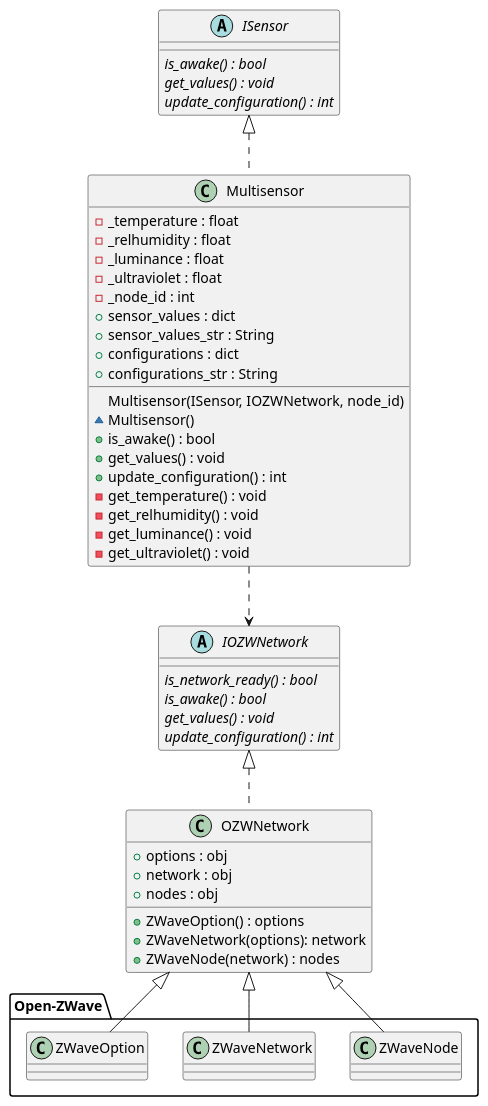
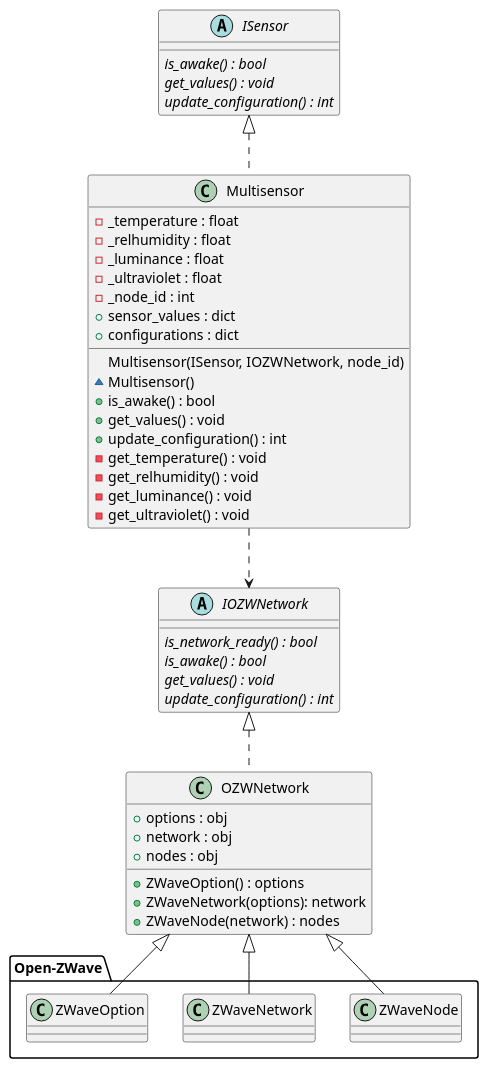
Before and after one commit to AU-PRO5-Rem/ReMoniProject: the diagram in doc/class_multisensor.iuml, drawn with PlantUML. The commit also changed 5 other files, not shown here.

```diff
--- a/doc/class_multisensor.iuml
+++ b/doc/class_multisensor.iuml
@@ -1,58 +1,56 @@
 @startuml Multisensor
 
 abstract class ISensor {
     {abstract} is_awake() : bool
     {abstract} get_values() : void
     {abstract} update_configuration() : int
 }
 
 abstract class IOZWNetwork {
     {abstract} is_network_ready() : bool
     {abstract} is_awake() : bool
     {abstract} get_values() : void
     {abstract} update_configuration() : int
 }
 
 class Multisensor implements ISensor {
     - _temperature : float
     - _relhumidity : float
     - _luminance : float
     - _ultraviolet : float
     - _node_id : int
     + sensor_values : dict
-    + sensor_values_str : String
     + configurations : dict
-    + configurations_str : String
 
       Multisensor(ISensor, IOZWNetwork, node_id)
     ~ Multisensor()
     + is_awake() : bool
     + get_values() : void
     + update_configuration() : int
     - get_temperature() : void
     - get_relhumidity() : void
     - get_luminance() : void
     - get_ultraviolet() : void
 }
 
 class OZWNetwork implements IOZWNetwork {
   + options : obj
   + network : obj
   + nodes : obj
   + ZWaveOption() : options
   + ZWaveNetwork(options): network 
   + ZWaveNode(network) : nodes
 }
 
 package Open-ZWave <<Folder>> {
   class ZWaveNode
   class ZWaveNetwork
   class ZWaveOption
 }
 
 Multisensor ..> IOZWNetwork
 OZWNetwork <|-- ZWaveNetwork
 OZWNetwork <|-- ZWaveNode
 OZWNetwork <|-- ZWaveOption
 
 @enduml
```
